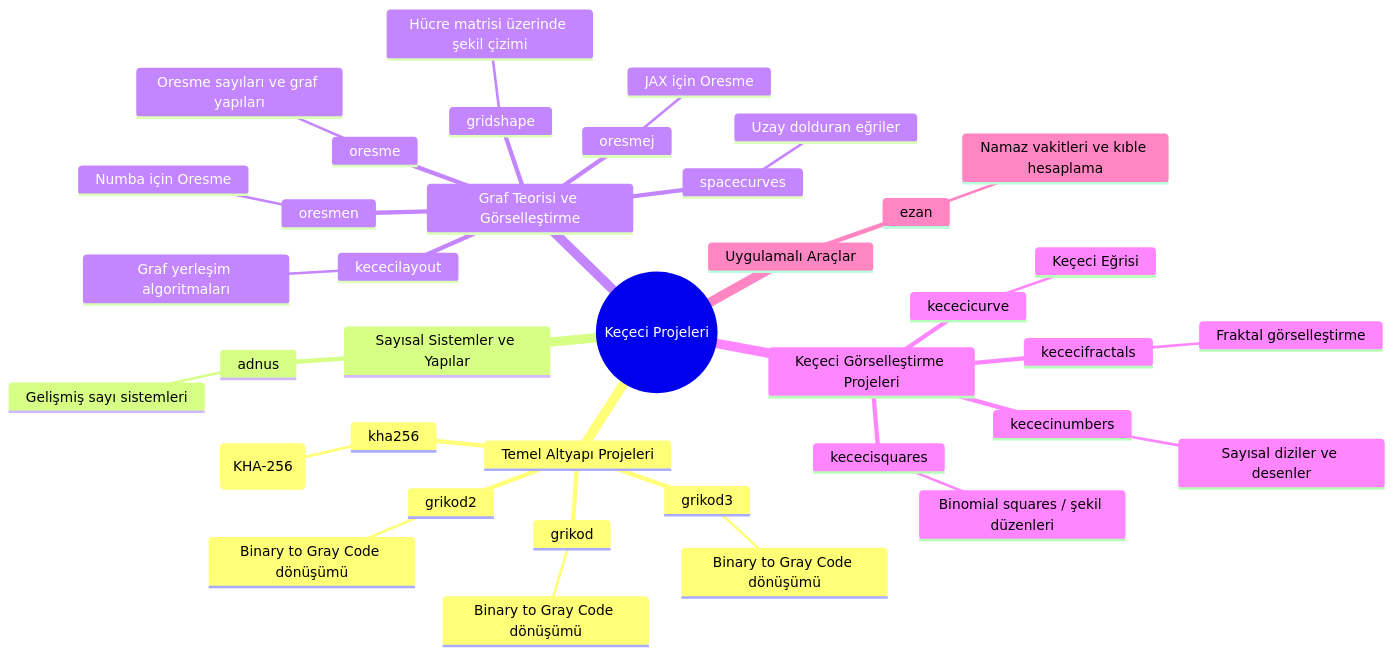
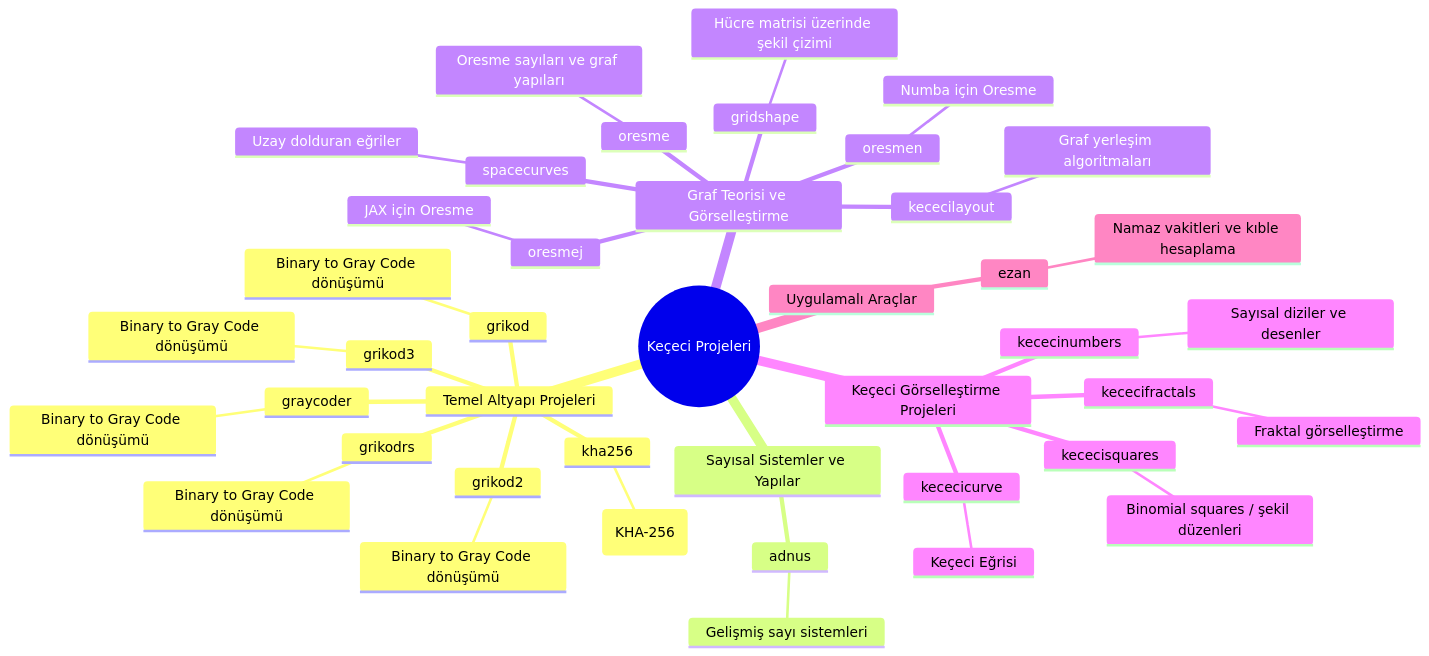
The third of 5 diagrams in README.md (WhiteSymmetry/WhiteSymmetry), drawn with Mermaid before and after one commit. The commit also changed other lines of this file, not shown here.

First line of the commit message:
Update README with graycoder and grikodrs

````diff
--- a/README.md
+++ b/README.md
@@ -139,57 +147,63 @@
 ```mermaid
 mindmap
   root((Keçeci Projeleri))
     Temel Altyapı Projeleri
       grikod
         ::icon(fa fa-code)
         Binary to Gray Code dönüşümü
       grikod2
         ::icon(fa fa-code)
         Binary to Gray Code dönüşümü
       grikod3
+        ::icon(fa fa-code)
+        Binary to Gray Code dönüşümü
+      graycoder
+        ::icon(fa fa-code)
+        Binary to Gray Code dönüşümü
+      grikodrs
         ::icon(fa fa-code)
         Binary to Gray Code dönüşümü
       kha256
         ::icon(fa fa-hashtag)
         Keçeci Hash Algorithm (KHA-256)
     Sayısal Sistemler ve Yapılar
       adnus
         ::icon(fa fa-cubes)
         Gelişmiş sayı sistemleri
     Graf Teorisi ve Görselleştirme
       oresme
         ::icon(fa fa-project-diagram)
         Oresme sayıları ve graf yapıları
       oresmej
         ::icon(fa fa-code-branch)
         JAX için Oresme
       oresmen
         ::icon(fa fa-code-branch)
         Numba için Oresme
       kececilayout
         ::icon(fa fa-sitemap)
         Graf yerleşim algoritmaları
       gridshape
         ::icon(fa fa-th)
         Hücre matrisi üzerinde şekil çizimi
       spacecurves
         ::icon(fa fa-wave-square)
         Uzay dolduran eğriler
     Keçeci Görselleştirme Projeleri
       kececifractals
         ::icon(fa fa-infinity)
         Fraktal görselleştirme
       kececicurve
         ::icon(fa fa-pen-nib)
         Keçeci Eğrisi
       kececisquares
         ::icon(fa fa-th-large)
         Binomial squares / şekil düzenleri
       kececinumbers
         ::icon(fa fa-sort-numeric-down)
         Sayısal diziler ve desenler
     Uygulamalı Araçlar
       ezan
         ::icon(fa fa-mosque)
         Namaz vakitleri ve kıble hesaplama
 ```
````
